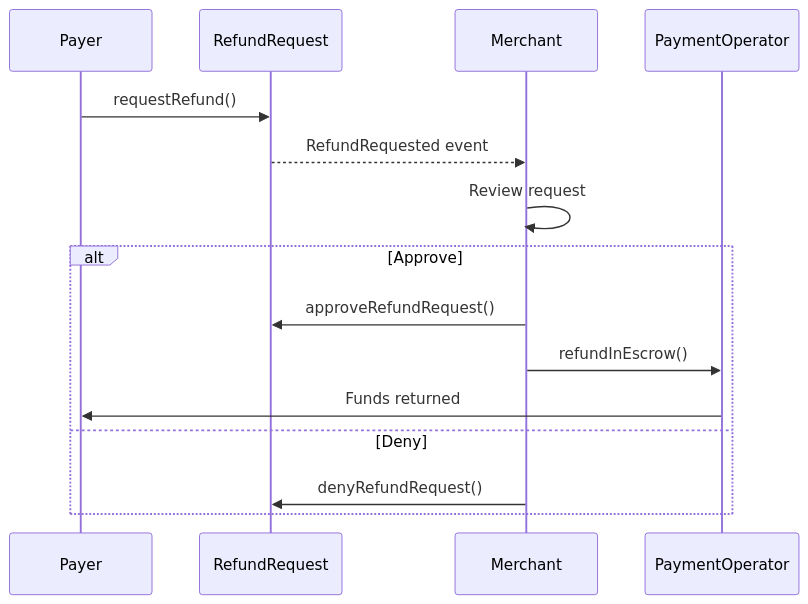
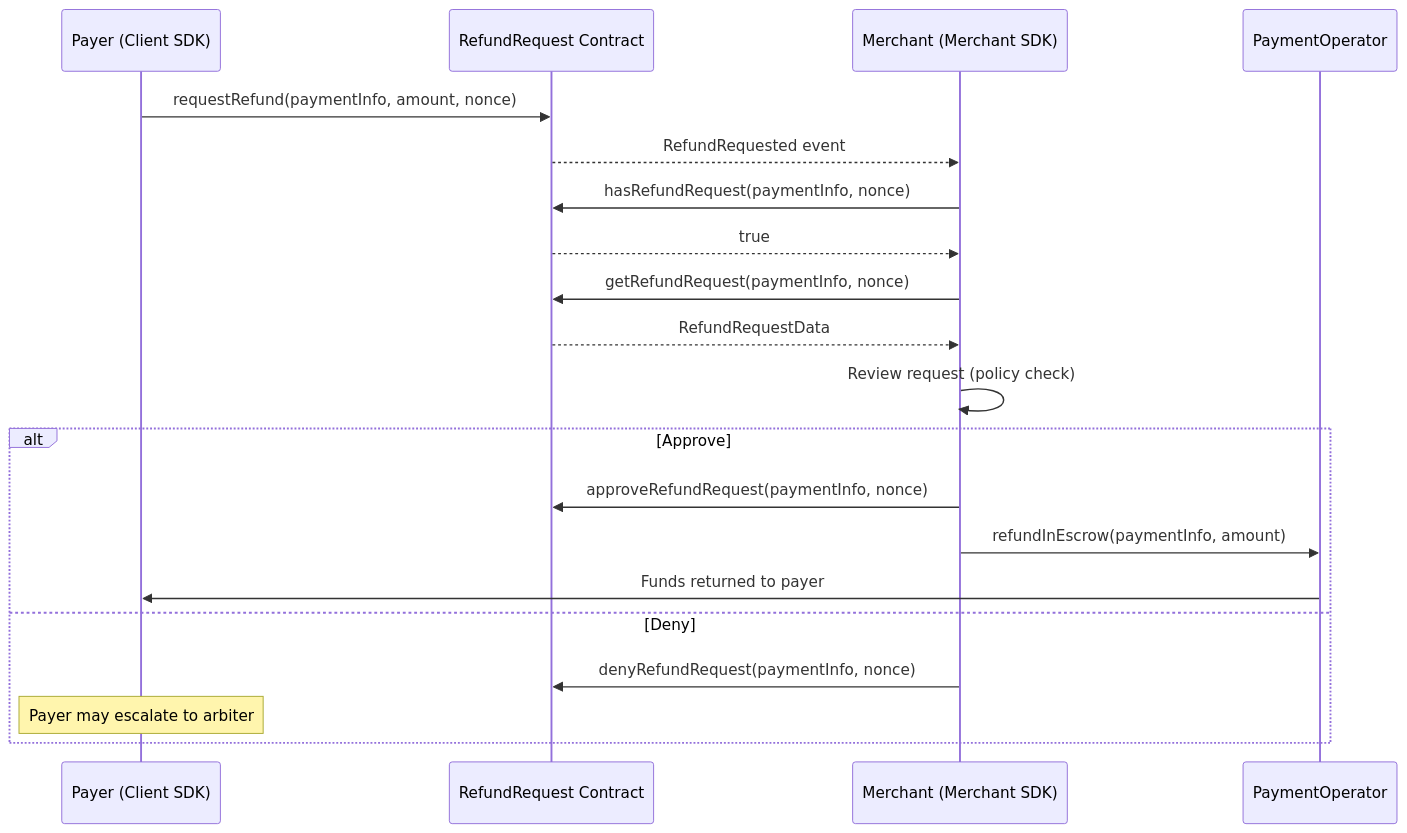
The diagram in sdk/merchant/refund-handling.mdx (BackTrackCo/docs), drawn with Mermaid before and after one commit. The commit also changed other lines of this file and 34 other files, not shown here.

````diff
--- a/sdk/merchant/refund-handling.mdx
+++ b/sdk/merchant/refund-handling.mdx
@@ -167,20 +329,26 @@
 ```mermaid
 sequenceDiagram
-    participant P as Payer
-    participant R as RefundRequest
-    participant M as Merchant
+    participant P as Payer (Client SDK)
+    participant R as RefundRequest Contract
+    participant M as Merchant (Merchant SDK)
     participant O as PaymentOperator
 
-    P->>R: requestRefund()
+    P->>R: requestRefund(paymentInfo, amount, nonce)
     R-->>M: RefundRequested event
 
-    M->>M: Review request
+    M->>R: hasRefundRequest(paymentInfo, nonce)
+    R-->>M: true
+    M->>R: getRefundRequest(paymentInfo, nonce)
+    R-->>M: RefundRequestData
+
+    M->>M: Review request (policy check)
 
     alt Approve
-        M->>R: approveRefundRequest()
-        M->>O: refundInEscrow()
-        O->>P: Funds returned
+        M->>R: approveRefundRequest(paymentInfo, nonce)
+        M->>O: refundInEscrow(paymentInfo, amount)
+        O->>P: Funds returned to payer
     else Deny
-        M->>R: denyRefundRequest()
+        M->>R: denyRefundRequest(paymentInfo, nonce)
+        Note over P: Payer may escalate to arbiter
     end
 ```
````
